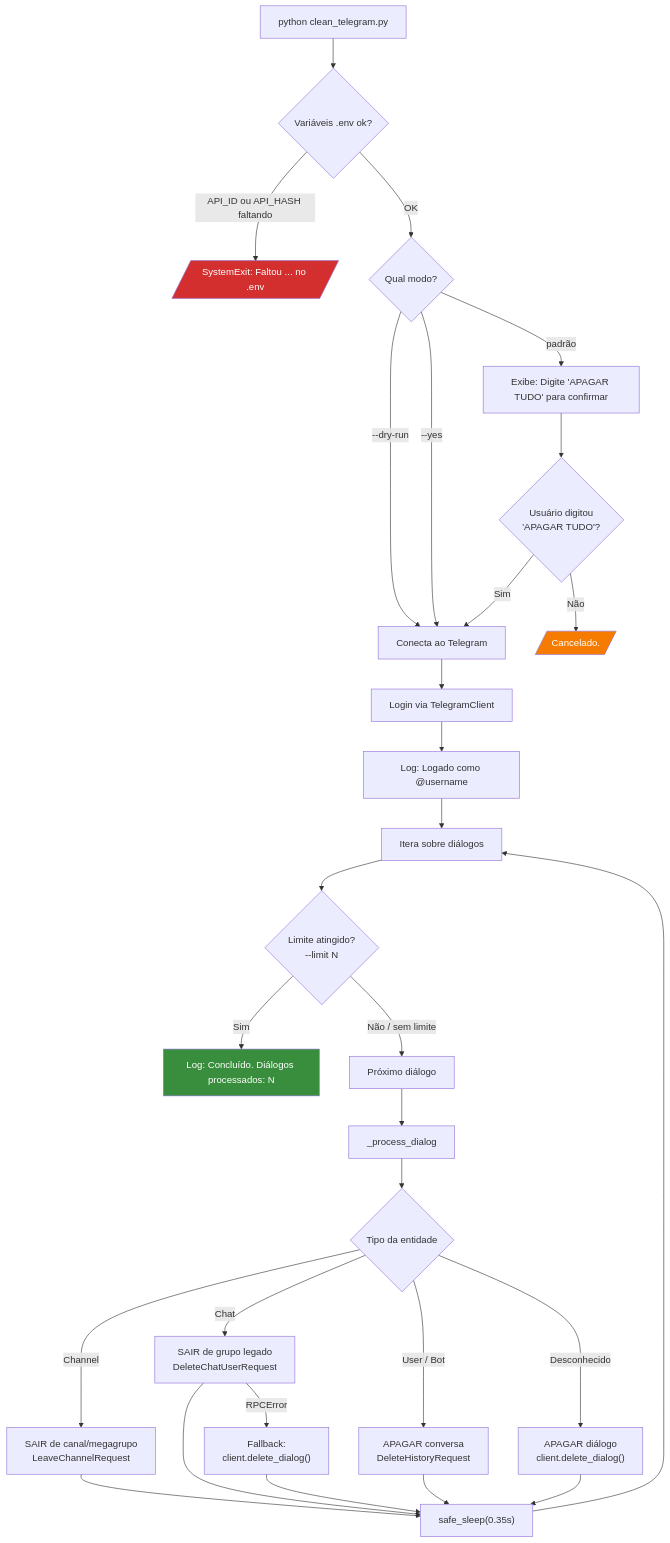
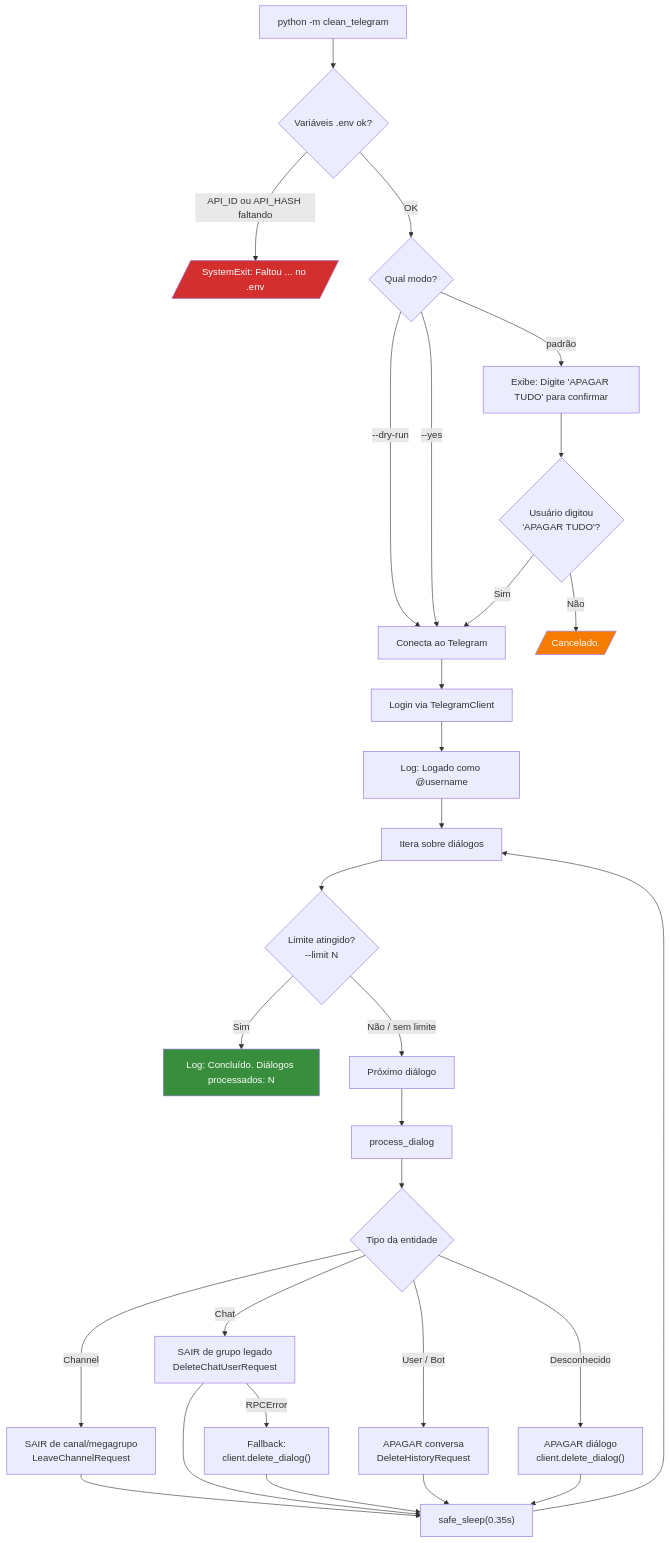
Before and after one commit to prof-ramos/CleanTelegram: the first of 2 diagrams in docs/UX_FLOW.md, drawn with Mermaid. The commit also changed other lines of this file and 23 other files, not shown here.

````diff
--- a/docs/UX_FLOW.md
+++ b/docs/UX_FLOW.md
@@ -70,44 +117,44 @@
 ```mermaid
 flowchart TD
-    A[python clean_telegram.py] --> B{Variáveis .env ok?}
+    A[python -m clean_telegram] --> B{Variáveis .env ok?}
     B -- "API_ID ou API_HASH faltando" --> C[/"SystemExit: Faltou ... no .env"/]
     B -- "OK" --> D{Qual modo?}
 
     D -- "--dry-run" --> G[Conecta ao Telegram]
     D -- "--yes" --> G
     D -- "padrão" --> E["Exibe: Digite 'APAGAR TUDO' para confirmar"]
 
     E --> F{Usuário digitou\n'APAGAR TUDO'?}
     F -- "Não" --> F1[/"Cancelado."/]
     F -- "Sim" --> G
 
     G --> H[Login via TelegramClient]
     H --> I["Log: Logado como @username"]
     I --> J[Itera sobre diálogos]
 
     J --> K{Limite atingido?\n--limit N}
     K -- "Sim" --> L["Log: Concluído. Diálogos processados: N"]
     K -- "Não / sem limite" --> M[Próximo diálogo]
 
-    M --> N[_process_dialog]
+    M --> N[process_dialog]
     N --> O{Tipo da entidade}
 
     O -- "Channel" --> P["SAIR de canal/megagrupo\nLeaveChannelRequest"]
     O -- "Chat" --> Q["SAIR de grupo legado\nDeleteChatUserRequest"]
     O -- "User / Bot" --> R["APAGAR conversa\nDeleteHistoryRequest"]
     O -- "Desconhecido" --> S["APAGAR diálogo\nclient.delete_dialog()"]
 
     Q -- "RPCError" --> Q1["Fallback:\nclient.delete_dialog()"]
 
     P --> T["safe_sleep(0.35s)"]
     Q --> T
     Q1 --> T
     R --> T
     S --> T
 
     T --> J
 
     style C fill:#d32f2f,color:#fff
     style F1 fill:#f57c00,color:#fff
     style L fill:#388e3c,color:#fff
 ```
````
